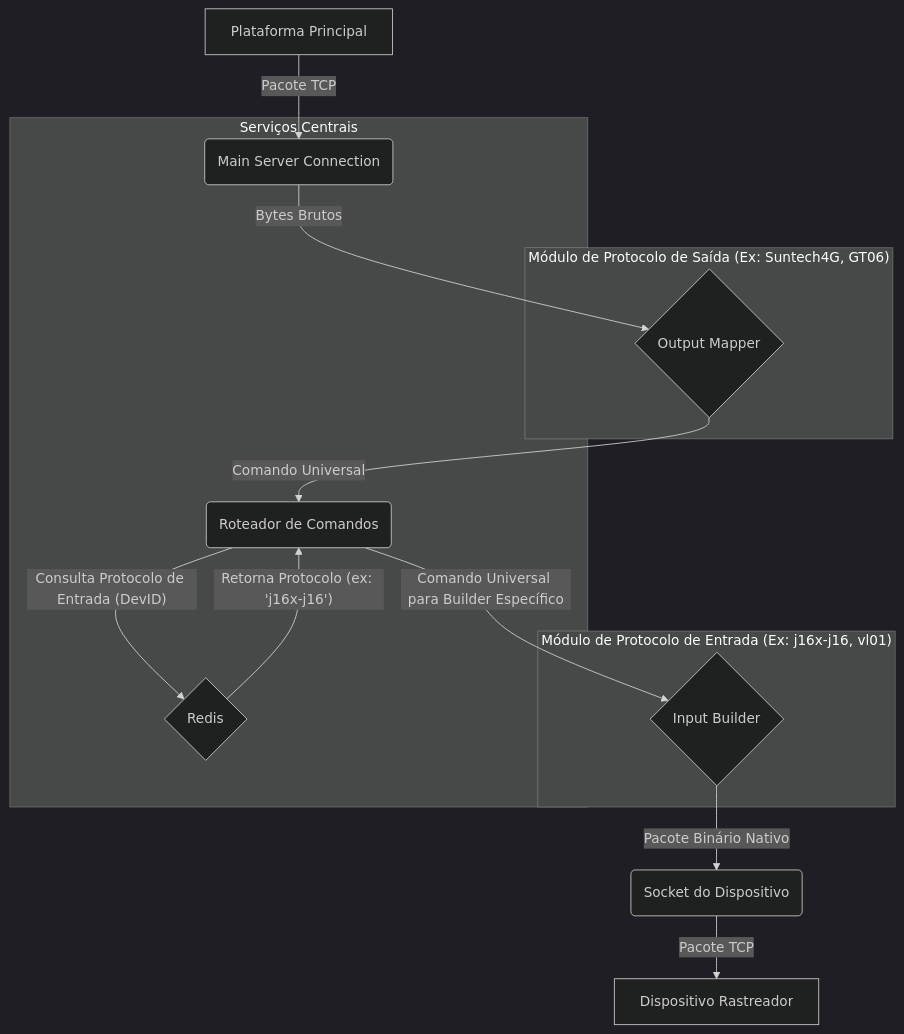
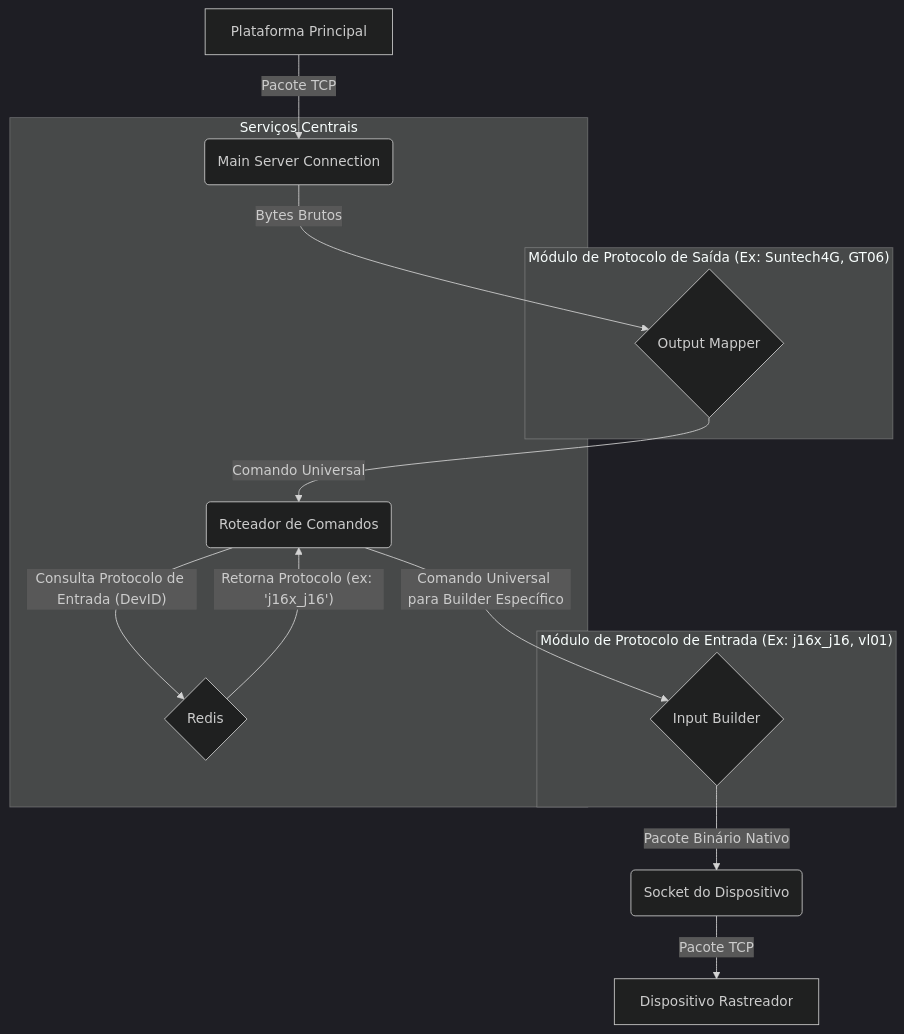
Before and after one commit to ju-sants/communication-protocol-translator: the second of 2 diagrams in README.md, drawn with Mermaid (dark theme). The commit also changed other lines of this file and 8 other files, not shown here.

````diff
--- a/README.md
+++ b/README.md
@@ -80,25 +80,25 @@
 ```mermaid
 graph TD
     A[Plataforma Principal] -- Pacote TCP --> B(Main Server Connection);
     B -- Bytes Brutos --> C{Output Mapper};
     C -- Comando Universal --> D(Roteador de Comandos);
     D -- Consulta Protocolo de Entrada (DevID) --> E{Redis};
-    E -- Retorna Protocolo (ex: 'j16x-j16') --> D;
+    E -- Retorna Protocolo (ex: 'j16x_j16') --> D;
     D -- Comando Universal para Builder Específico --> F{Input Builder};
     F -- Pacote Binário Nativo --> G(Socket do Dispositivo);
     G -- Pacote TCP --> H[Dispositivo Rastreador];
 
     subgraph "Módulo de Protocolo de Saída (Ex: Suntech4G, GT06)"
         C
     end
 
-    subgraph "Módulo de Protocolo de Entrada (Ex: j16x-j16, vl01)"
+    subgraph "Módulo de Protocolo de Entrada (Ex: j16x_j16, vl01)"
         F
     end
 
     subgraph "Serviços Centrais"
         B
         D
         E
     end
 ```
````
